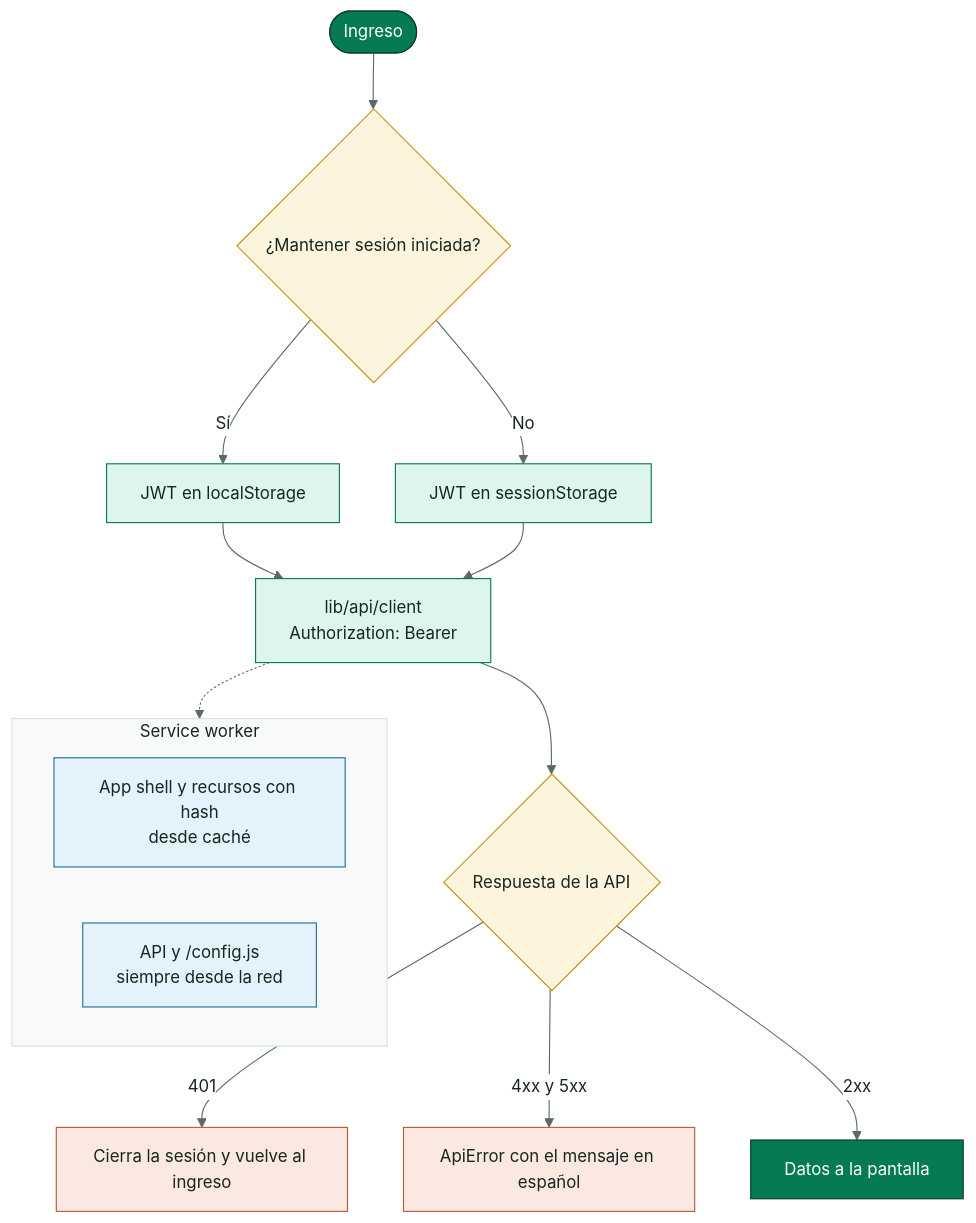
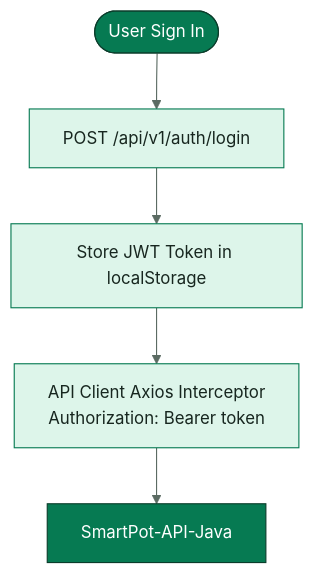
The fourth of 4 diagrams in docs/SmartPot_Web_Documentation.md (SmartPotTech/SmartPot-Web-React), drawn with Mermaid before and after one commit. The commit also changed other lines of this file and 15 other files, not shown here.

Commit message:
docs(specs): standardize legacy english documentation, notices, diagrams, and manuals

````diff
--- a/docs/SmartPot_Web_Documentation.md
+++ b/docs/SmartPot_Web_Documentation.md
@@ -224,30 +163,12 @@
 ```mermaid
 %%{init: {"theme": "base", "fontFamily": "Segoe UI, Arial, sans-serif", "themeVariables": {"fontFamily": "Segoe UI, Arial, sans-serif", "fontSize": "15px", "primaryColor": "#DDF5EA", "primaryTextColor": "#17261F", "primaryBorderColor": "#067A52", "secondaryColor": "#E3F2FB", "secondaryTextColor": "#17261F", "secondaryBorderColor": "#1F6FA0", "tertiaryColor": "#F2F7F4", "tertiaryTextColor": "#17261F", "tertiaryBorderColor": "#D5E3DC", "lineColor": "#5B6B63", "textColor": "#17261F", "mainBkg": "#DDF5EA", "nodeBorder": "#067A52", "clusterBkg": "#F7FAF8", "clusterBorder": "#D5E3DC", "edgeLabelBackground": "#FFFFFF", "actorBkg": "#067A52", "actorBorder": "#0B3D2B", "actorTextColor": "#FFFFFF", "actorLineColor": "#5B6B63", "signalColor": "#17261F", "signalTextColor": "#17261F", "labelBoxBkgColor": "#0B3D2B", "labelBoxBorderColor": "#0B3D2B", "labelTextColor": "#FFFFFF", "loopTextColor": "#0B3D2B", "noteBkgColor": "#FDF4DD", "noteBorderColor": "#C98D12", "noteTextColor": "#17261F", "activationBkgColor": "#DDF5EA", "activationBorderColor": "#067A52", "attributeBackgroundColorOdd": "#FFFFFF", "attributeBackgroundColorEven": "#F2F7F4"}}}%%
 flowchart TB
-  login(["Ingreso"]) --> keep{"¿Mantener sesión iniciada?"}
-  keep -->|"Sí"| local["JWT en localStorage"]
-  keep -->|"No"| session["JWT en sessionStorage"]
-  local & session --> request["lib/api/client<br/>Authorization: Bearer"]
-  request --> resp{"Respuesta de la API"}
-  resp -->|"401"| logout["Cierra la sesión y vuelve al ingreso"]
-  resp -->|"4xx y 5xx"| error["ApiError con el mensaje en español"]
-  resp -->|"2xx"| data["Datos a la pantalla"]
-  subgraph sw["Service worker"]
-    direction LR
-    shell["App shell y recursos con hash<br/>desde caché"]
-    net["API y /config.js<br/>siempre desde la red"]
-  end
-  request -.-> net
+  login(["User Sign In"]) --> postAuth["POST /api/v1/auth/login"]
+  postAuth --> store["Store JWT Token in localStorage"]
+  store --> client["API Client Axios Interceptor<br/>Authorization: Bearer token"]
+  client --> api["SmartPot-API-Java"]
+  classDef core fill:#067A52,stroke:#0B3D2B,color:#FFFFFF
   classDef leaf fill:#DDF5EA,stroke:#067A52,color:#17261F
-  classDef water fill:#E3F2FB,stroke:#1F6FA0,color:#17261F
-  classDef sun fill:#FDF4DD,stroke:#C98D12,color:#17261F
-  classDef clay fill:#FBE9E1,stroke:#B85A38,color:#17261F
-  classDef core fill:#067A52,stroke:#0B3D2B,color:#FFFFFF
-  classDef deep fill:#0B3D2B,stroke:#06281C,color:#FFFFFF
-  classDef muted fill:#F2F7F4,stroke:#5B6B63,color:#17261F
-  class login,data core
-  class keep,resp sun
-  class local,session,request leaf
-  class logout,error clay
-  class shell,net water
+  class login,api core
+  class postAuth,store,client leaf
 ```
````
